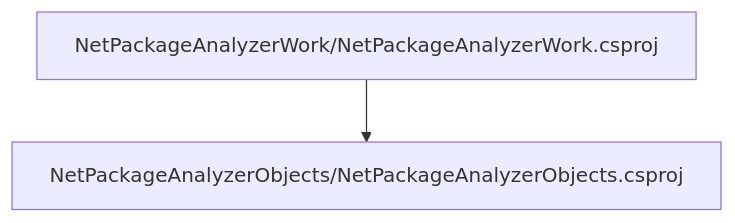
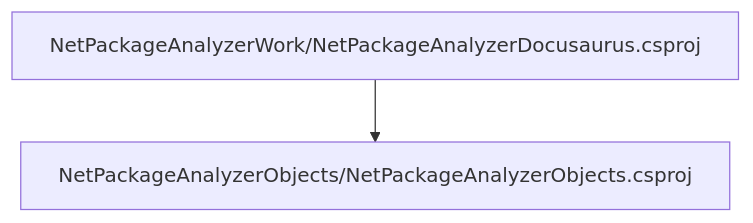
The second of 3 diagrams in src/documentation/docs/Analysis/NetPackageAnalyzer/Projects/NetPackageAnalyzerObjects/ProjectReferences.md (ignatandrei/PackageAnalyzer), drawn with Mermaid before and after one commit. The commit also changed other lines of this file and 172 other files, not shown here.

````diff
--- a/src/documentation/docs/Analysis/NetPackageAnalyzer/Projects/NetPackageAnalyzerObjects/ProjectReferences.md
+++ b/src/documentation/docs/Analysis/NetPackageAnalyzer/Projects/NetPackageAnalyzerObjects/ProjectReferences.md
@@ -21,17 +21,17 @@
 ```mermaid
 graph TB
 
 NetPackageAnalyzerObjects[NetPackageAnalyzerObjects/NetPackageAnalyzerObjects.csproj]
 
 %% find a way to interpret first the path
 %% click NetPackageAnalyzerObjects "pathname:///docs/Analysis/NetPackageAnalyzer/Projects/NetPackageAnalyzerObjects/ProjectReferences" "NetPackageAnalyzerObjects/NetPackageAnalyzerObjects.csproj"
 
 
-NetPackageAnalyzerWork[NetPackageAnalyzerWork/NetPackageAnalyzerWork.csproj]
+NetPackageAnalyzerDocusaurus[NetPackageAnalyzerWork/NetPackageAnalyzerDocusaurus.csproj]
 
 %% find a way to interpret first the path
-%% click NetPackageAnalyzerWork "pathname:///docs/Analysis/NetPackageAnalyzer/Projects/NetPackageAnalyzerWork/ProjectReferences" "NetPackageAnalyzerWork/NetPackageAnalyzerWork.csproj"
+%% click NetPackageAnalyzerDocusaurus "pathname:///docs/Analysis/NetPackageAnalyzer/Projects/NetPackageAnalyzerDocusaurus/ProjectReferences" "NetPackageAnalyzerWork/NetPackageAnalyzerDocusaurus.csproj"
 
-NetPackageAnalyzerWork-->NetPackageAnalyzerObjects
+NetPackageAnalyzerDocusaurus-->NetPackageAnalyzerObjects
 
 ```
````
